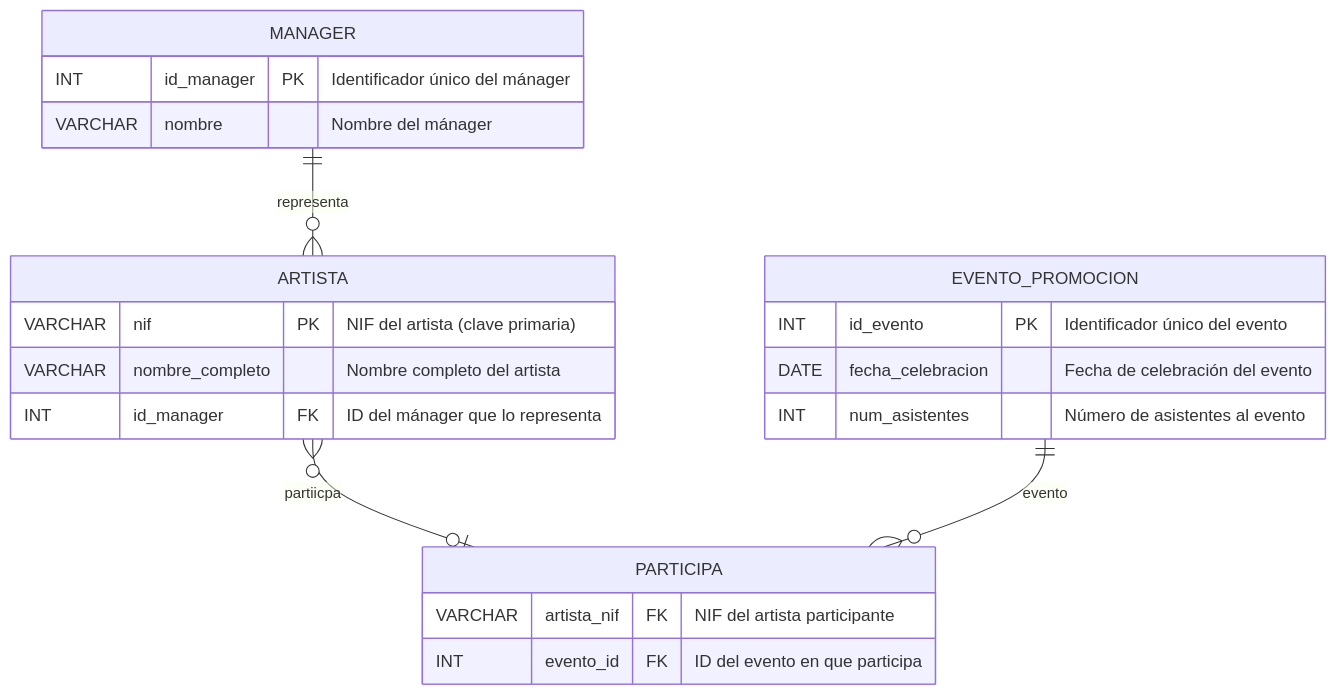
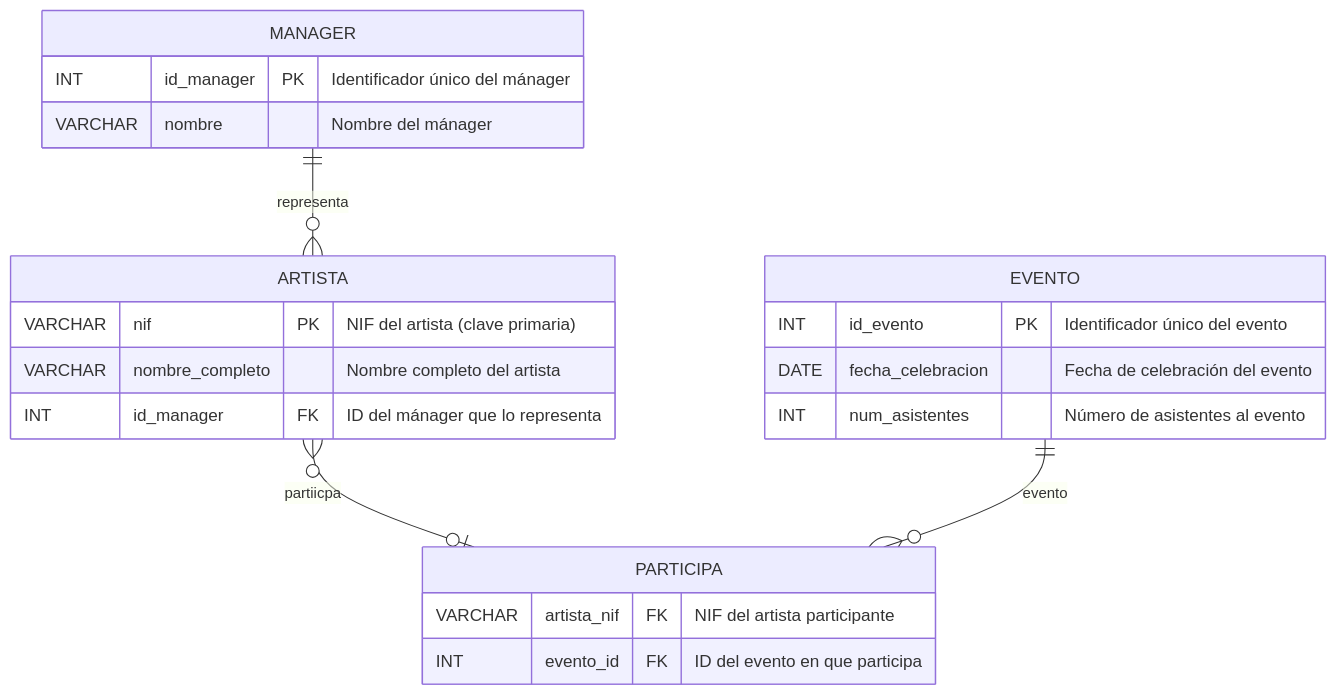
The diagram in SQL/manager.md (dgmx/www), drawn with Mermaid before and after one commit. The commit also changed other lines of this file, not shown here.

````diff
--- a/SQL/manager.md
+++ b/SQL/manager.md
@@ -87,28 +86,28 @@
 ```mermaid
 erDiagram
     MANAGER {
         INT id_manager PK "Identificador único del mánager"
         VARCHAR nombre "Nombre del mánager"
     }
 
     ARTISTA {
         VARCHAR nif PK "NIF del artista (clave primaria)"
         VARCHAR nombre_completo "Nombre completo del artista"
         INT id_manager FK "ID del mánager que lo representa"
     }
 
-    EVENTO_PROMOCION {
+    EVENTO {
         INT id_evento PK "Identificador único del evento"
         DATE fecha_celebracion "Fecha de celebración del evento"
         INT num_asistentes "Número de asistentes al evento"
     }
 
     PARTICIPA {
         VARCHAR artista_nif FK "NIF del artista participante"
         INT evento_id FK "ID del evento en que participa"
     }
 
     MANAGER ||--o{ ARTISTA: representa
     ARTISTA }o--o| PARTICIPA: partiicpa
-    EVENTO_PROMOCION ||--o{ PARTICIPA: evento 
+    EVENTO ||--o{ PARTICIPA: evento 
 ```
````
